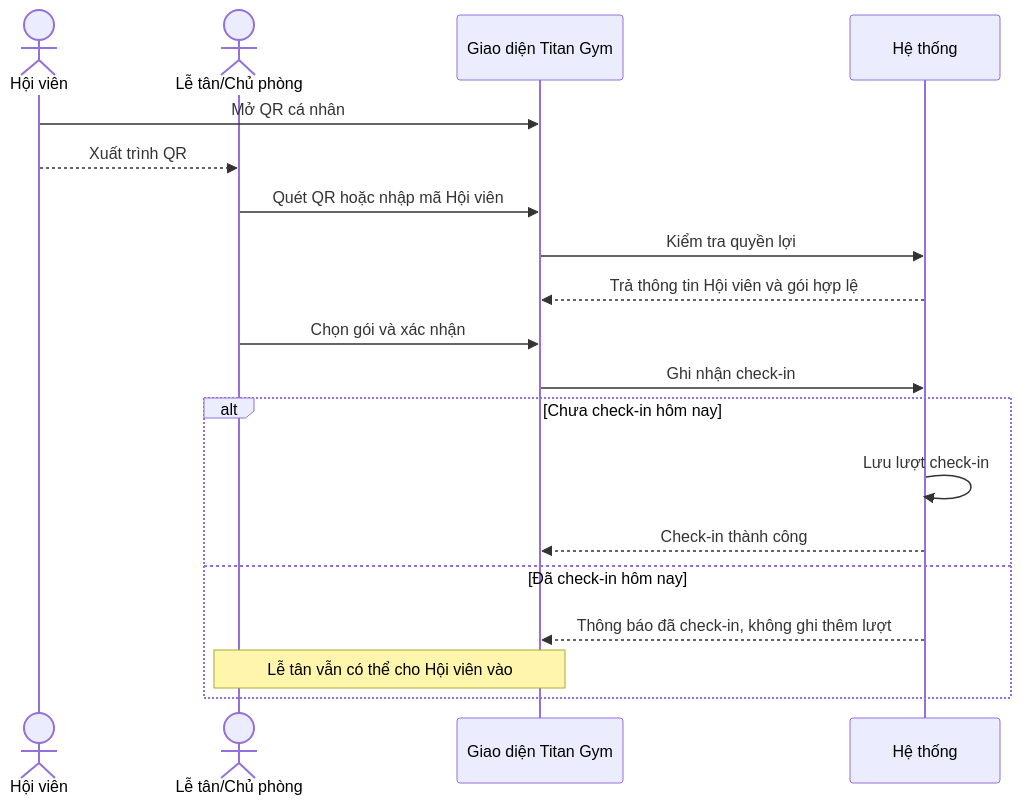
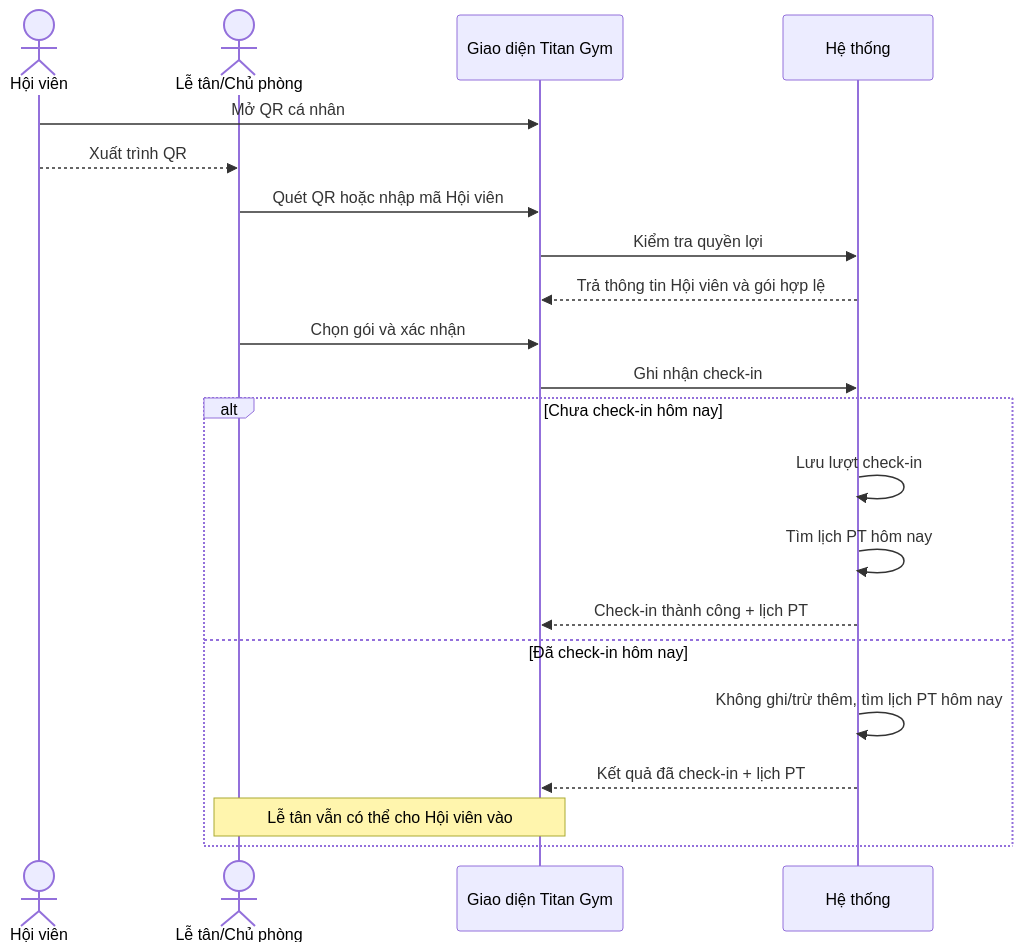
One commit to vhoanglong54/CNPM_GYM changed the fourth of 5 diagrams in docs/06-UML-Diagrams/Sequences.md. Above: the diagram before and after it, drawn with Mermaid. The commit also changed other lines of this file and 10 other files, not shown here.

````diff
--- a/docs/06-UML-Diagrams/Sequences.md
+++ b/docs/06-UML-Diagrams/Sequences.md
@@ -127,23 +127,25 @@
 ```mermaid
 sequenceDiagram
   actor M as Hội viên
   actor S as Lễ tân/Chủ phòng
   participant UI as Giao diện Titan Gym
   participant SYS as Hệ thống
 
   M->>UI: Mở QR cá nhân
   M-->>S: Xuất trình QR
   S->>UI: Quét QR hoặc nhập mã Hội viên
   UI->>SYS: Kiểm tra quyền lợi
   SYS-->>UI: Trả thông tin Hội viên và gói hợp lệ
   S->>UI: Chọn gói và xác nhận
   UI->>SYS: Ghi nhận check-in
 
   alt Chưa check-in hôm nay
     SYS->>SYS: Lưu lượt check-in
-    SYS-->>UI: Check-in thành công
+    SYS->>SYS: Tìm lịch PT hôm nay
+    SYS-->>UI: Check-in thành công + lịch PT
   else Đã check-in hôm nay
-    SYS-->>UI: Thông báo đã check-in, không ghi thêm lượt
+    SYS->>SYS: Không ghi/trừ thêm, tìm lịch PT hôm nay
+    SYS-->>UI: Kết quả đã check-in + lịch PT
     Note over S,UI: Lễ tân vẫn có thể cho Hội viên vào
   end
 ```
````
